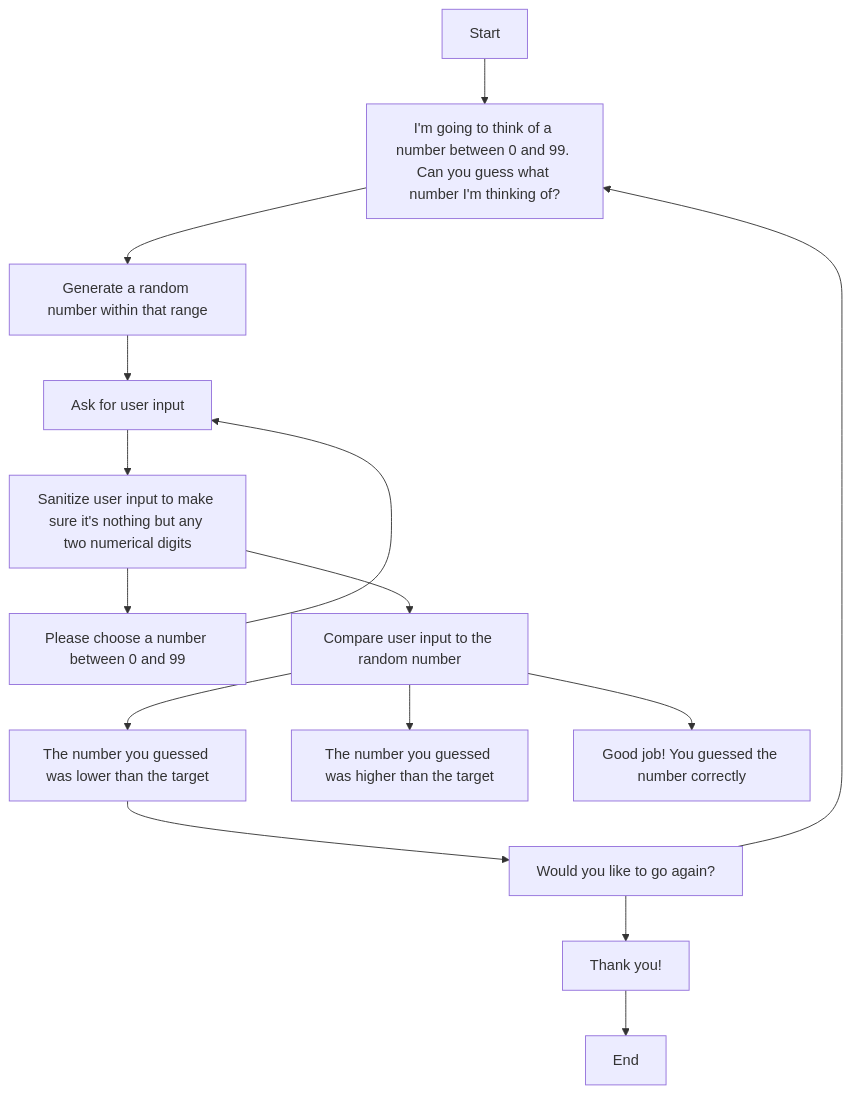
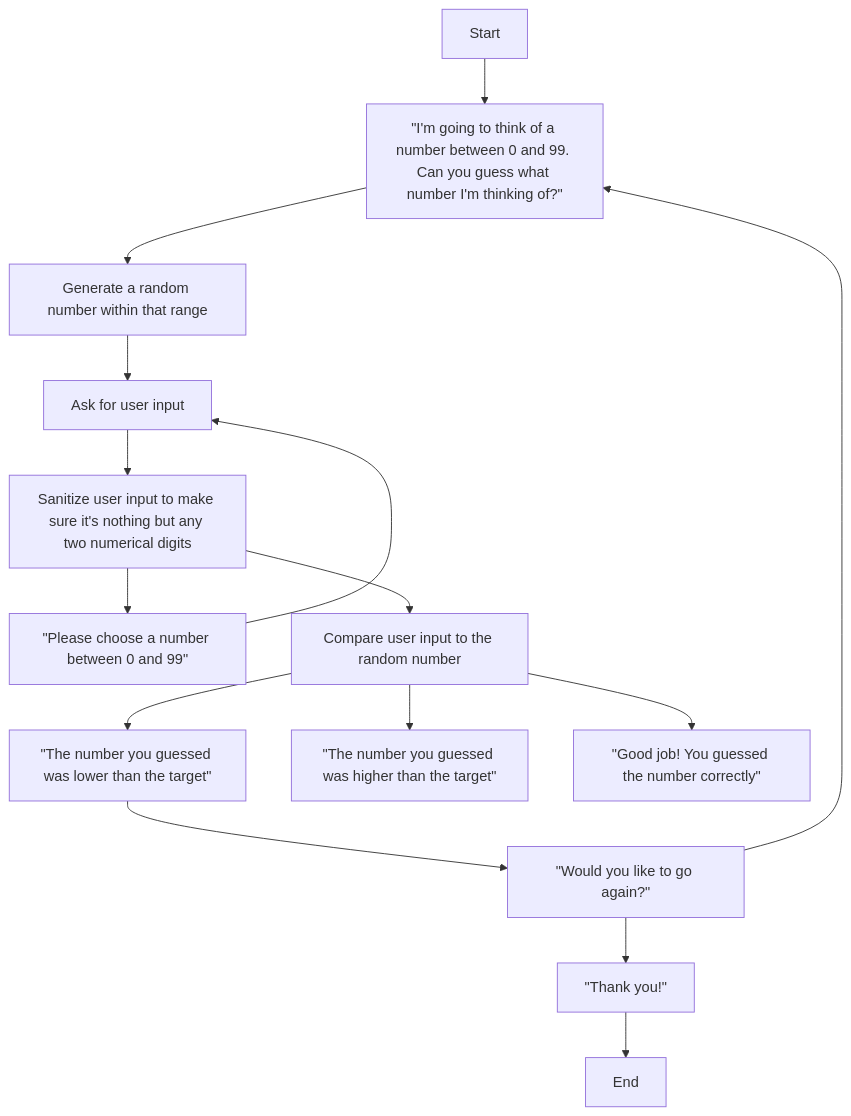
Before and after one commit to melanieb98/melanieb98: the diagram in Diagram.md, drawn with Mermaid.

````diff
--- a/Diagram.md
+++ b/Diagram.md
@@ -1,20 +1,20 @@
 ```mermaid
 
 flowchart TD
 
-    Start[Start]-->st1["I'm going to think of a number between 0 and 99. Can you guess what number I'm thinking of?"];
+    Start[Start]-->st1[#quot;I'm going to think of a number between 0 and 99. Can you guess what number I'm thinking of?#quot;];
     st1-->st1.1[Generate a random number within that range];
     st1.1-->st2[Ask for user input];
     st2-->st3[Sanitize user input to make sure it's nothing but any two numerical digits];
-    st3-->st3.1[Please choose a number between 0 and 99];
+    st3-->st3.1[#quot;Please choose a number between 0 and 99#quot;];
     st3.1-->st2;
     st3-->st4[Compare user input to the random number];
-    st4-->lower[The number you guessed was lower than the target];
-    st4-->higher[The number you guessed was higher than the target];
-    st4-->correct[Good job! You guessed the number correctly];
-    lower-->repeat[Would you like to go again?];
+    st4-->lower[#quot;The number you guessed was lower than the target#quot;];
+    st4-->higher[#quot;The number you guessed was higher than the target#quot;];
+    st4-->correct[#quot;Good job! You guessed the number correctly#quot;];
+    lower-->repeat[#quot;Would you like to go again?#quot;];
     repeat-->st1;
-    repeat-->stop[Thank you!];
+    repeat-->stop[#quot;Thank you!#quot;];
     stop-->End[End];
 
 ```
````
